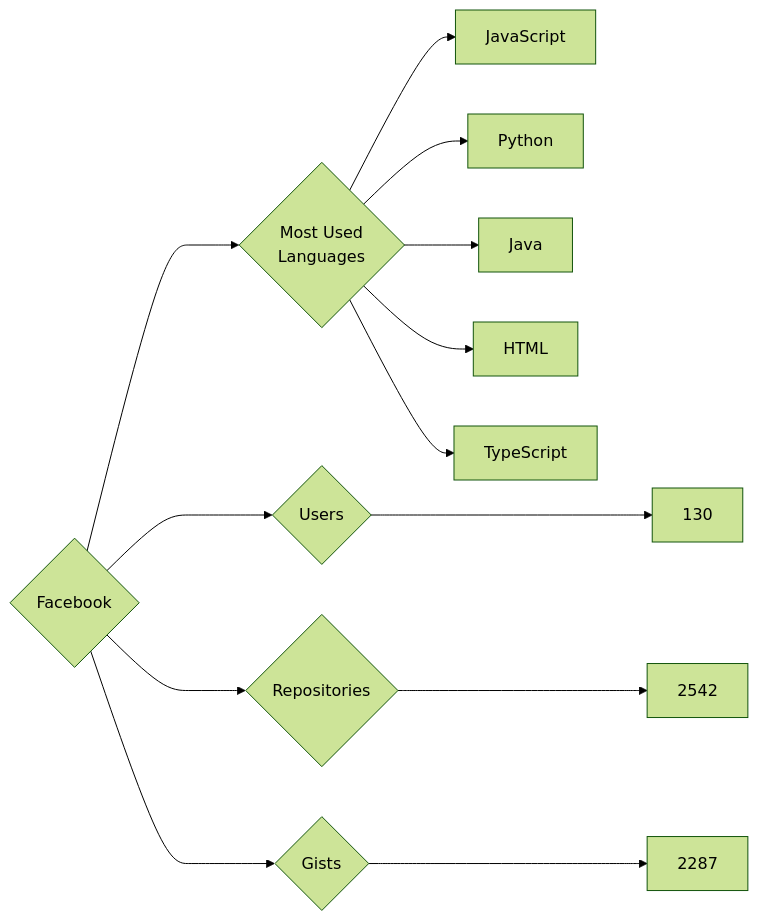
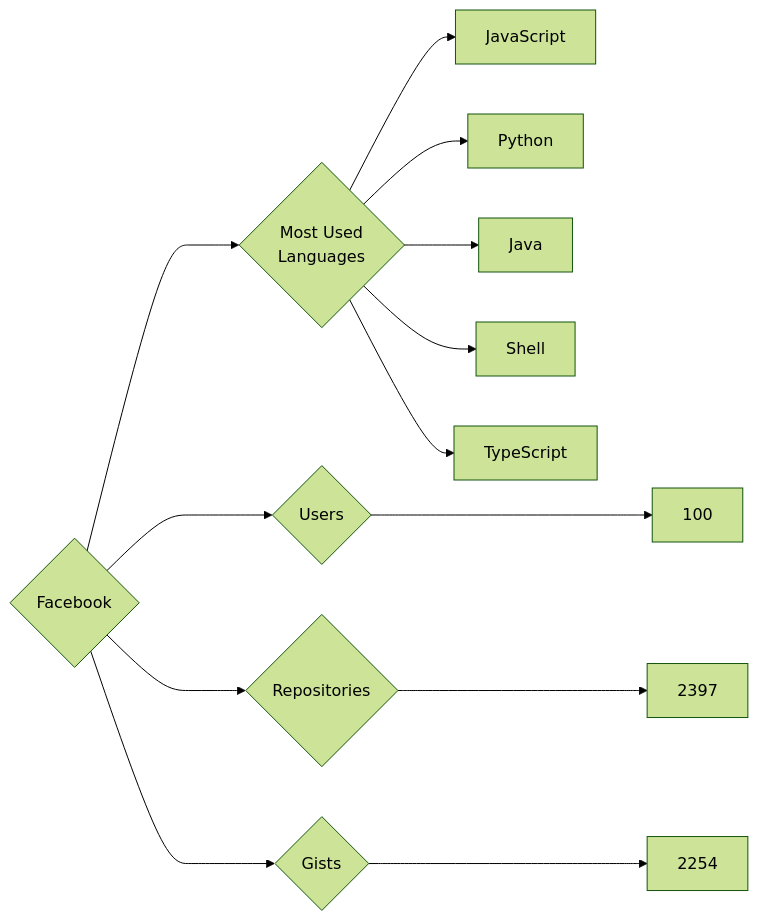
One commit to trickest/insiders changed the diagram in targets/Facebook/README.md. Above: the diagram before and after it, drawn with Mermaid (forest theme). The commit also changed 569 other files, not shown here.

````diff
--- a/targets/Facebook/README.md
+++ b/targets/Facebook/README.md
@@ -3,13 +3,13 @@
 ```mermaid
 graph LR
 COMPANY_NAME{Facebook}
-COMPANY_NAME ---> U{Users} ---> UN[130]
-COMPANY_NAME ---> R{Repositories} ---> RN[2542]
-COMPANY_NAME ---> G{Gists} ---> GN[2287]
+COMPANY_NAME ---> U{Users} ---> UN[100]
+COMPANY_NAME ---> R{Repositories} ---> RN[2397]
+COMPANY_NAME ---> G{Gists} ---> GN[2254]
 COMPANY_NAME ---> ML{Most Used<br>Languages}
 ML --> JavaScript[JavaScript]
 ML --> Python[Python]
 ML --> Java[Java]
-ML --> HTML[HTML]
+ML --> Shell[Shell]
 ML --> TypeScript[TypeScript]
 ```
````
